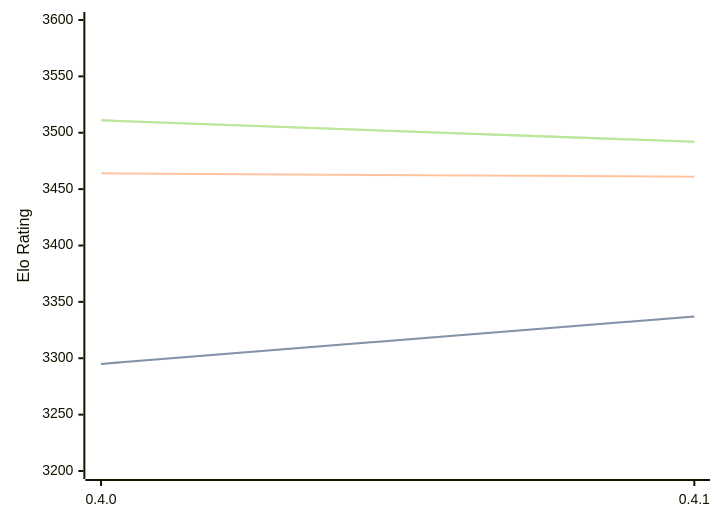
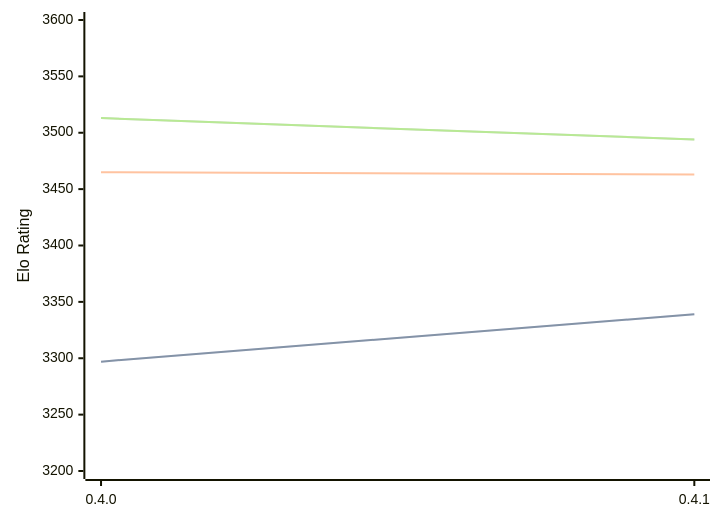
The third of 3 diagrams in engines/Cinder.md (computer-chess-index/cci), drawn with Mermaid before and after one commit. The commit also changed other lines of this file, not shown here.

Commit message:
Update CCI Ratings (ELO VLTC) - 2026-06-30

````diff
--- a/engines/Cinder.md
+++ b/engines/Cinder.md
@@ -73,11 +73,11 @@
 ```mermaid
 %%{init: {"theme":"base","themeVariables":{"seriesColors:['#a3a3a3','#222221','#faa371']}}}%%
 xychart-beta
   x-axis ["0.4.0", "0.4.1"]
   y-axis "Elo Rating" 3200 --> 3600
-  line "STC (8.0+0.08s)" [3295, 3337]
-  line "STC (8.0+0.08s)" [3295, 3337]
-  line "LTC (60.0+0.60s)" [3464, 3461]
-  line "VLTC (2m24s+1.12s)" [3511, 3492]
-  line "VLTC (2m24s+1.12s)" [3511, 3492]
+  line "STC (8.0+0.08s)" [3297, 3339]
+  line "STC (8.0+0.08s)" [3297, 3339]
+  line "LTC (60.0+0.60s)" [3465, 3463]
+  line "VLTC (2m24s+1.12s)" [3513, 3494]
+  line "VLTC (2m24s+1.12s)" [3513, 3494]
 ```
````
